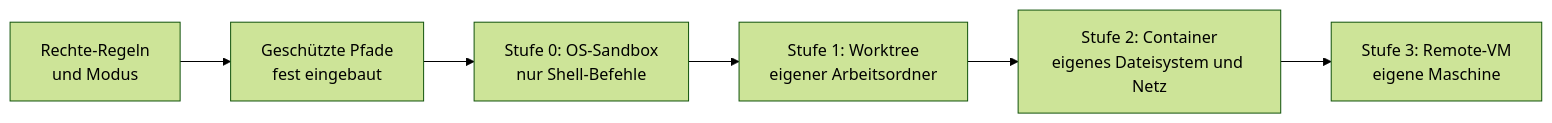
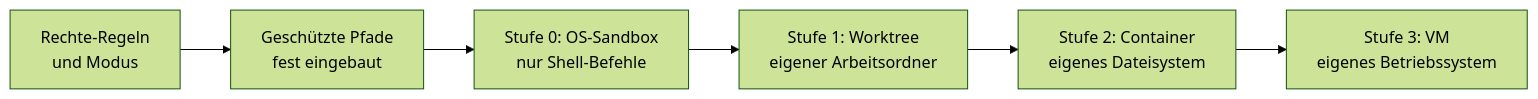
The diagram in resources/library/s3-09-geschuetzte-pfade-und-sandbox.md (dynamic-dome/dynamic-workshop), drawn with Mermaid (forest theme) before and after one commit. The commit also changed other lines of this file, not shown here.

````diff
--- a/resources/library/s3-09-geschuetzte-pfade-und-sandbox.md
+++ b/resources/library/s3-09-geschuetzte-pfade-und-sandbox.md
@@ -43,8 +43,8 @@
 ```mermaid
 flowchart LR
   R["Rechte-Regeln<br/>und Modus"] --> G["Geschützte Pfade<br/>fest eingebaut"]
   G --> S0["Stufe 0: OS-Sandbox<br/>nur Shell-Befehle"]
   S0 --> S1["Stufe 1: Worktree<br/>eigener Arbeitsordner"]
-  S1 --> S2["Stufe 2: Container<br/>eigenes Dateisystem und Netz"]
-  S2 --> S3["Stufe 3: Remote-VM<br/>eigene Maschine"]
+  S1 --> S2["Stufe 2: Container<br/>eigenes Dateisystem"]
+  S2 --> S3["Stufe 3: VM<br/>eigenes Betriebssystem"]
 ```
````
